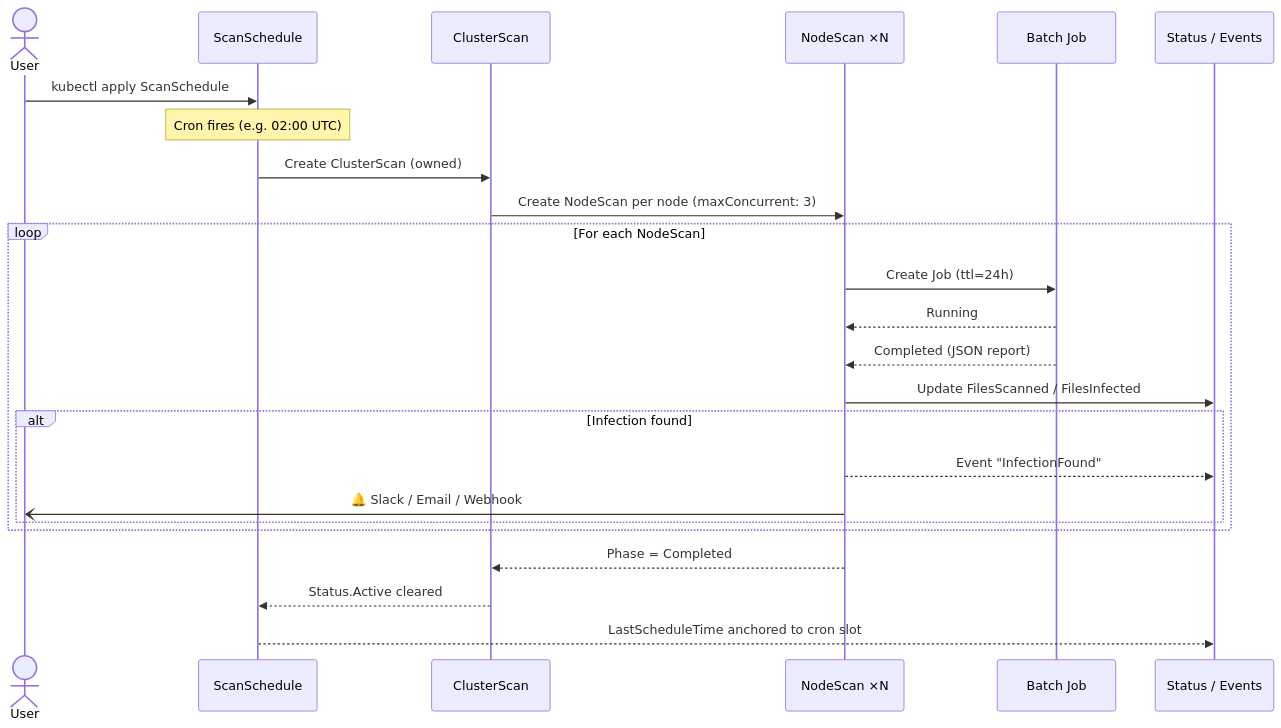
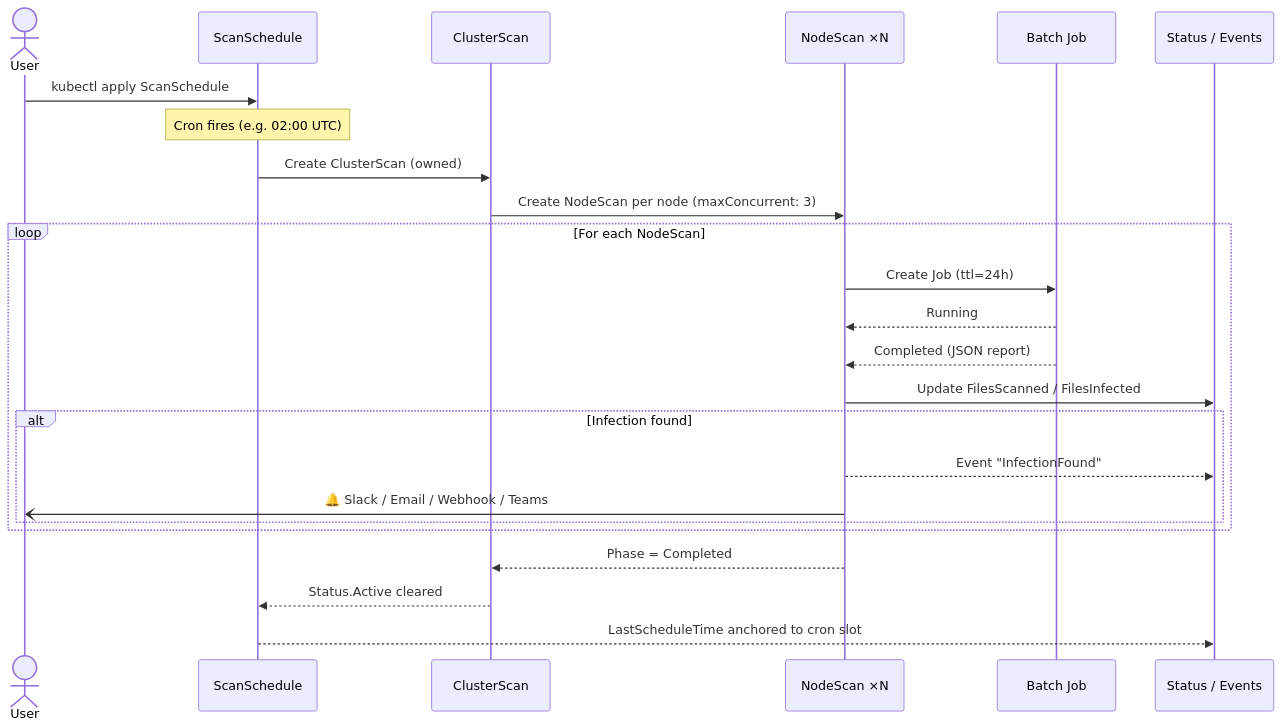
Before and after one commit to SolucTeam/clamav-operator: the second of 10 diagrams in README.md, drawn with Mermaid. The commit also changed other lines of this file and 2 other files, not shown here.

````diff
--- a/README.md
+++ b/README.md
@@ -140,29 +141,29 @@
 ```mermaid
 sequenceDiagram
     actor User
     participant SS as ScanSchedule
     participant CS as ClusterScan
     participant NS as NodeScan ×N
     participant JOB as Batch Job
     participant STATUS as Status / Events
 
     User->>SS: kubectl apply ScanSchedule
     Note over SS: Cron fires (e.g. 02:00 UTC)
     SS->>CS: Create ClusterScan (owned)
     CS->>NS: Create NodeScan per node (maxConcurrent: 3)
 
     loop For each NodeScan
         NS->>JOB: Create Job (ttl=24h)
         JOB-->>NS: Running
         JOB-->>NS: Completed (JSON report)
         NS->>STATUS: Update FilesScanned / FilesInfected
         alt Infection found
             NS-->>STATUS: Event "InfectionFound"
-            NS-)User: 🔔 Slack / Email / Webhook
+            NS-)User: 🔔 Slack / Email / Webhook / Teams
         end
     end
 
     NS-->>CS: Phase = Completed
     CS-->>SS: Status.Active cleared
     SS-->>STATUS: LastScheduleTime anchored to cron slot
 ```
````
